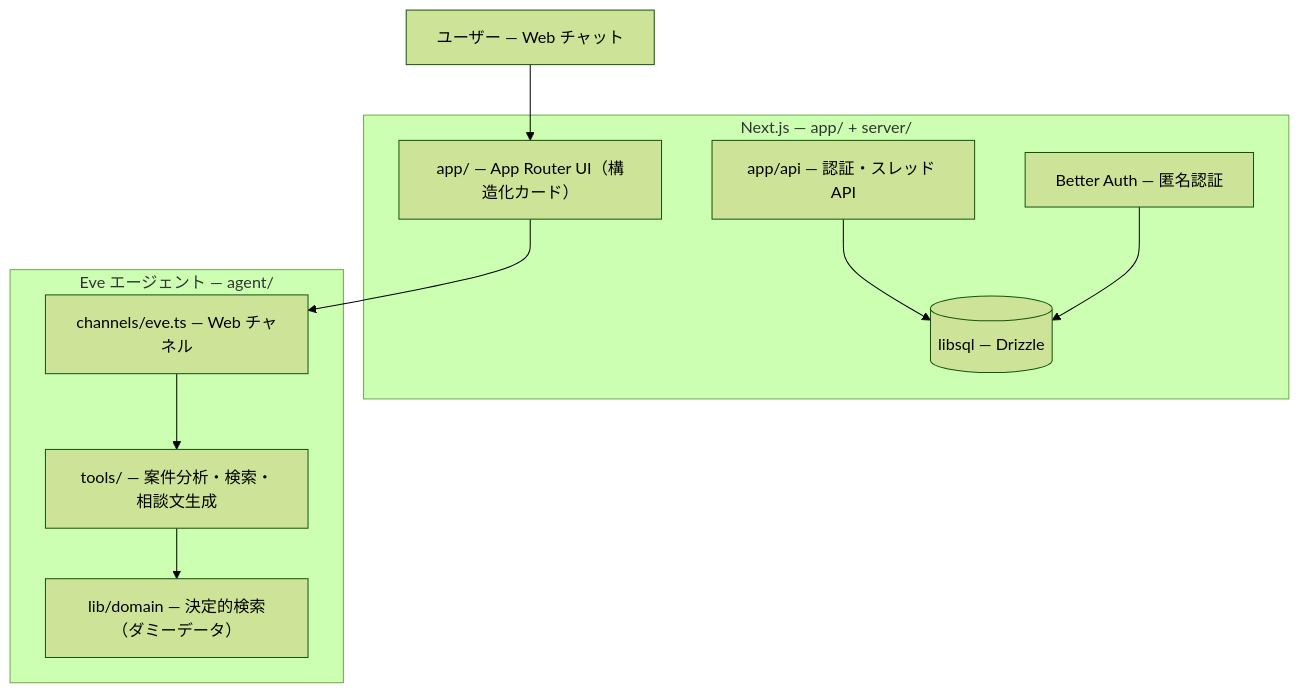
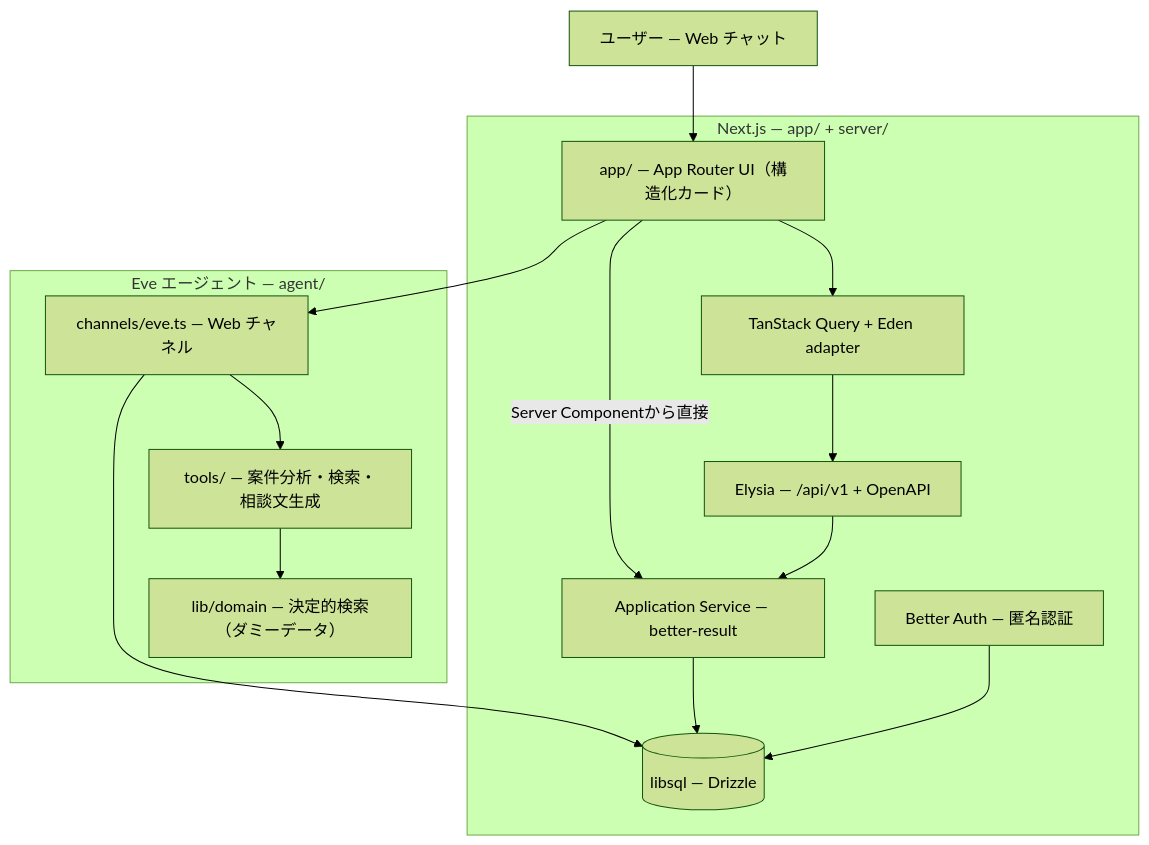
The diagram in docs/ARCHITECTURE.md (sc30gsw/first-response-agent-poc), drawn with Mermaid (forest theme) before and after one commit. The commit also changed other lines of this file and 12 other files, not shown here.

First line of the commit message:
docs: reorder README per REQUIREMENT §19 with demo flow

````diff
--- a/docs/ARCHITECTURE.md
+++ b/docs/ARCHITECTURE.md
@@ -9,24 +9,31 @@
 ```mermaid
 flowchart TB
   user[ユーザー — Web チャット]
 
   subgraph next [Next.js — app/ + server/]
     ui[app/ — App Router UI（構造化カード）]
-    api[app/api — 認証・スレッド API]
+    query[TanStack Query + Eden adapter]
+    api[Elysia — /api/v1 + OpenAPI]
+    service[Application Service — better-result]
     auth[Better Auth — 匿名認証]
     db[(libsql — Drizzle)]
   end
 
   subgraph eve [Eve エージェント — agent/]
     channel[channels/eve.ts — Web チャネル]
     tools[tools/ — 案件分析・検索・相談文生成]
     domain[lib/domain — 決定的検索（ダミーデータ）]
   end
 
   user --> ui
+  ui --> query
+  query --> api
+  ui -->|Server Componentから直接| service
+  api --> service
   ui --> channel
   channel --> tools
   tools --> domain
-  api --> db
+  service --> db
+  channel --> db
   auth --> db
 ```
````
